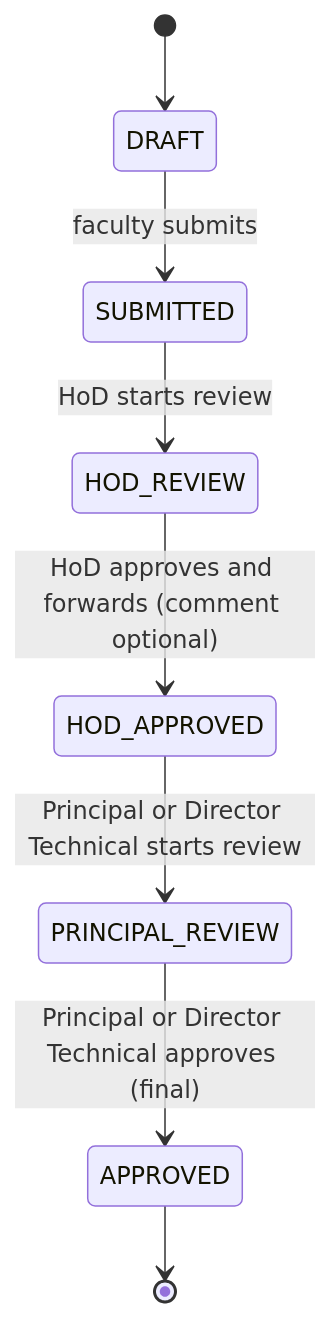
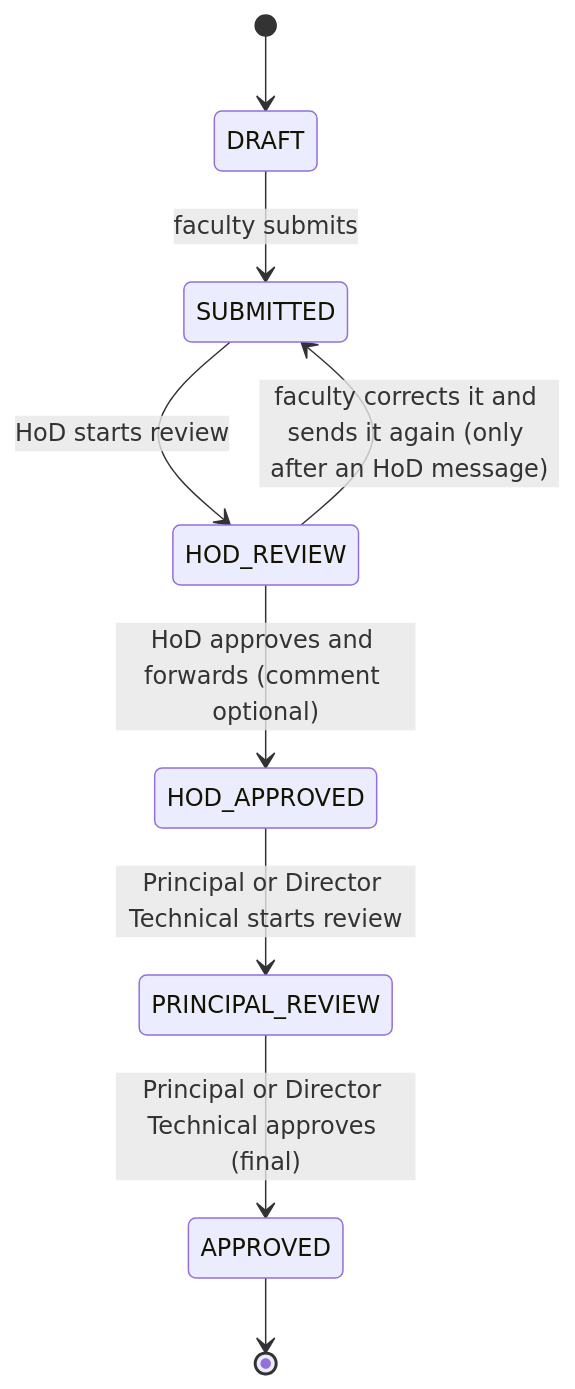
Before and after one commit to Siddhuperuri/faculty-apraisal: the diagram in docs/workflow.md, drawn with Mermaid. The commit also changed other lines of this file and 66 other files, not shown here.

````diff
--- a/docs/workflow.md
+++ b/docs/workflow.md
@@ -10,10 +12,11 @@
 ```mermaid
 stateDiagram-v2
     [*] --> DRAFT
     DRAFT --> SUBMITTED: faculty submits
     SUBMITTED --> HOD_REVIEW: HoD starts review
     HOD_REVIEW --> HOD_APPROVED: HoD approves and forwards (comment optional)
+    HOD_REVIEW --> SUBMITTED: faculty corrects it and sends it again (only after an HoD message)
     HOD_APPROVED --> PRINCIPAL_REVIEW: Principal or Director Technical starts review
     PRINCIPAL_REVIEW --> APPROVED: Principal or Director Technical approves (final)
     APPROVED --> [*]
 ```
````
